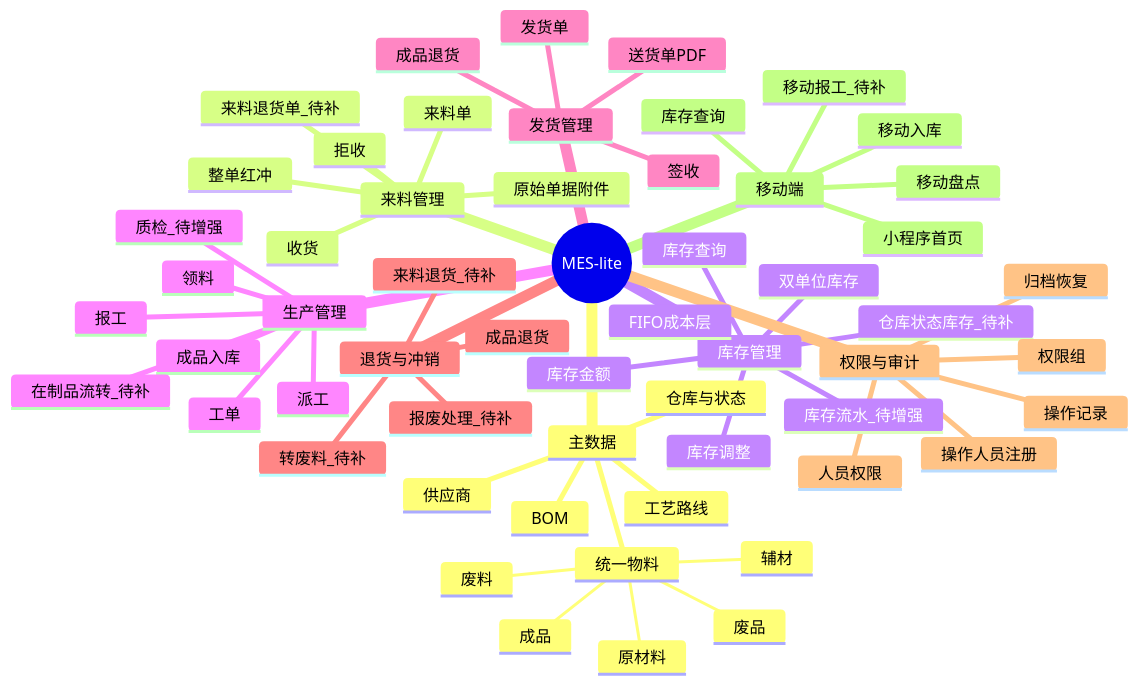
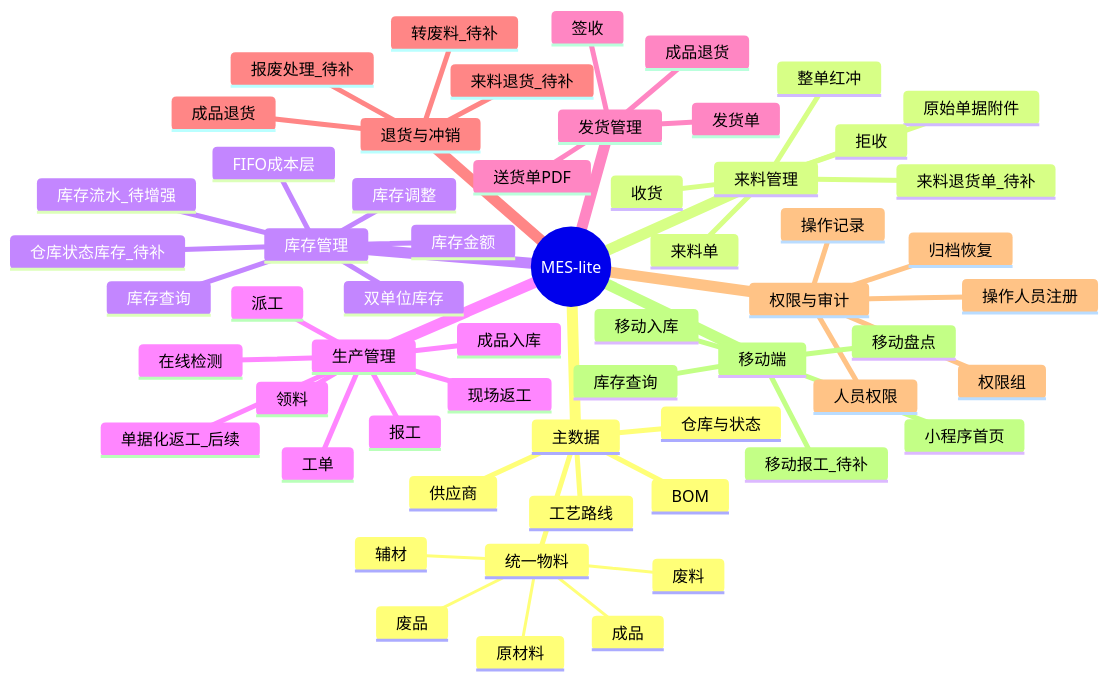
Before and after one commit to goldf2/mes-lite: the first of 9 diagrams in docs/minierp/system-function-flow.md, drawn with Mermaid. The commit also changed other lines of this file, not shown here.

````diff
--- a/docs/minierp/system-function-flow.md
+++ b/docs/minierp/system-function-flow.md
@@ -15,60 +15,61 @@
 ```mermaid
 mindmap
   root((MES-lite))
     主数据
       统一物料
         原材料
         成品
         辅材
         废料
         废品
       供应商
       BOM
       工艺路线
       仓库与状态
     来料管理
       来料单
       原始单据附件
       收货
       拒收
       整单红冲
       来料退货单_待补
     库存管理
       库存查询
       双单位库存
       库存金额
       FIFO成本层
       库存调整
       库存流水_待增强
       仓库状态库存_待补
     生产管理
       工单
       领料
       派工
       报工
-      质检_待增强
+      在线检测
+      现场返工
       成品入库
-      在制品流转_待补
+      单据化返工_后续
     发货管理
       发货单
       送货单PDF
       签收
       成品退货
     退货与冲销
       成品退货
       来料退货_待补
       报废处理_待补
       转废料_待补
     权限与审计
       操作人员注册
       人员权限
       权限组
       操作记录
       归档恢复
     移动端
       小程序首页
       库存查询
       移动入库
       移动盘点
       移动报工_待补
 ```
````
